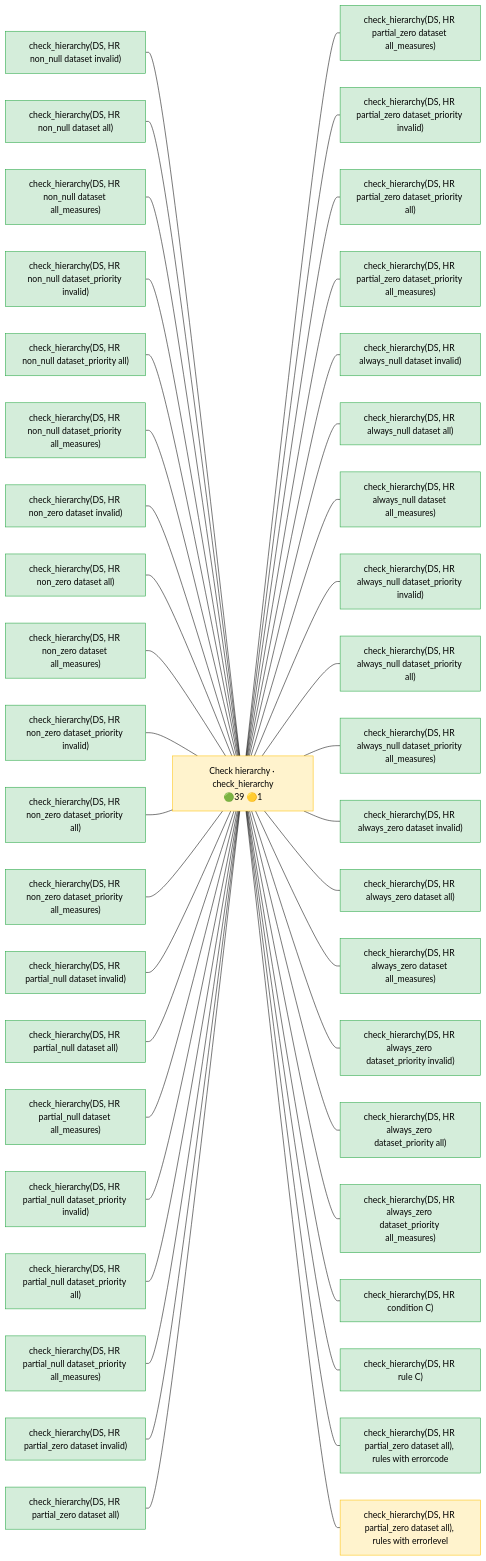
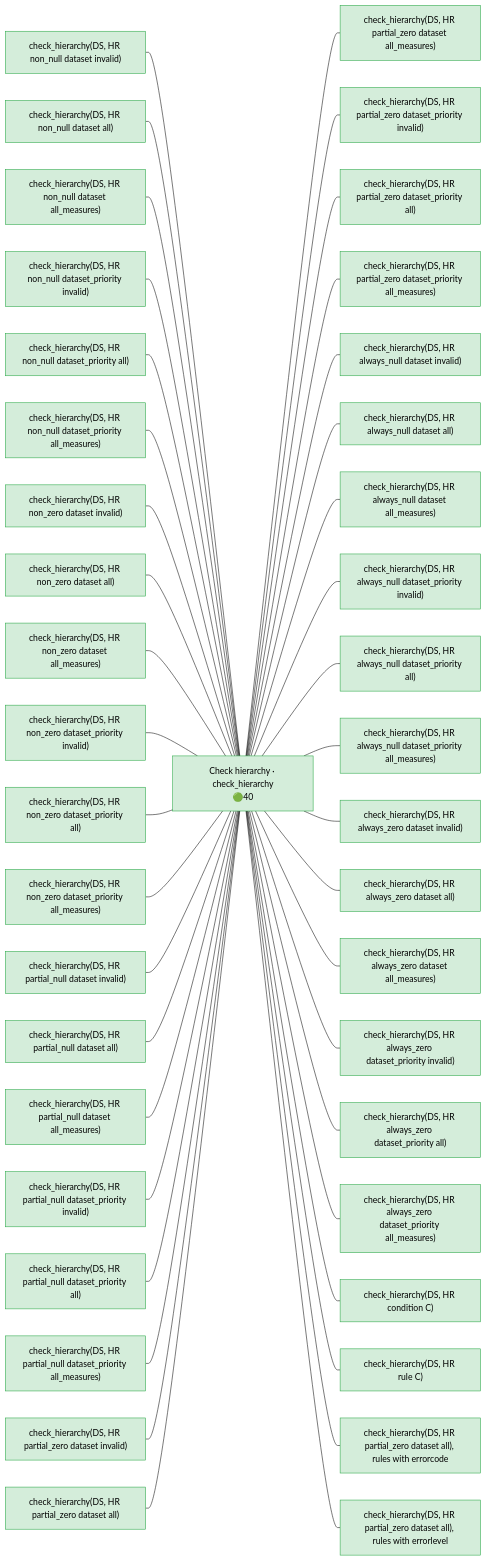
Before and after one commit to Meaningful-Data/vtlengine: the diagram in docs/operator_map/validation/check_hierarchy.rst, drawn with Mermaid (base theme). The commit also changed other lines of this file and 100 other files, not shown here.

```diff
--- a/docs/operator_map/validation/check_hierarchy.rst
+++ b/docs/operator_map/validation/check_hierarchy.rst
@@ -32,7 +32,7 @@
        classDef diverge fill:#cce5ff,stroke:#007bff,color:#000
        classDef block fill:#2b3a4a,stroke:#2b3a4a,color:#fff,font-weight:bold
        classDef ext fill:#fff,stroke:#666,color:#000,stroke-dasharray: 5 5
-       O["Check hierarchy · check_hierarchy<br/>🟢39 🟡1"]:::partial
+       O["Check hierarchy · check_hierarchy<br/>🟢40"]:::ok
        v_non_null_dataset_invalid["check_hierarchy(DS, HR non_null dataset invalid)"]:::ok
        v_non_null_dataset_all["check_hierarchy(DS, HR non_null dataset all)"]:::ok
        v_non_null_dataset_all_measures["check_hierarchy(DS, HR non_null dataset all_measures)"]:::ok
@@ -72,7 +72,7 @@
        v_condition["check_hierarchy(DS, HR condition C)"]:::ok
        v_rule["check_hierarchy(DS, HR rule C)"]:::ok
        v_errorcode["check_hierarchy(DS, HR partial_zero dataset all), rules with errorcode"]:::ok
-       v_errorlevel["check_hierarchy(DS, HR partial_zero dataset all), rules with errorlevel"]:::partial
+       v_errorlevel["check_hierarchy(DS, HR partial_zero dataset all), rules with errorlevel"]:::ok
        v_non_null_dataset_invalid --- O
        v_non_null_dataset_all --- O
        v_non_null_dataset_all_measures --- O
```
